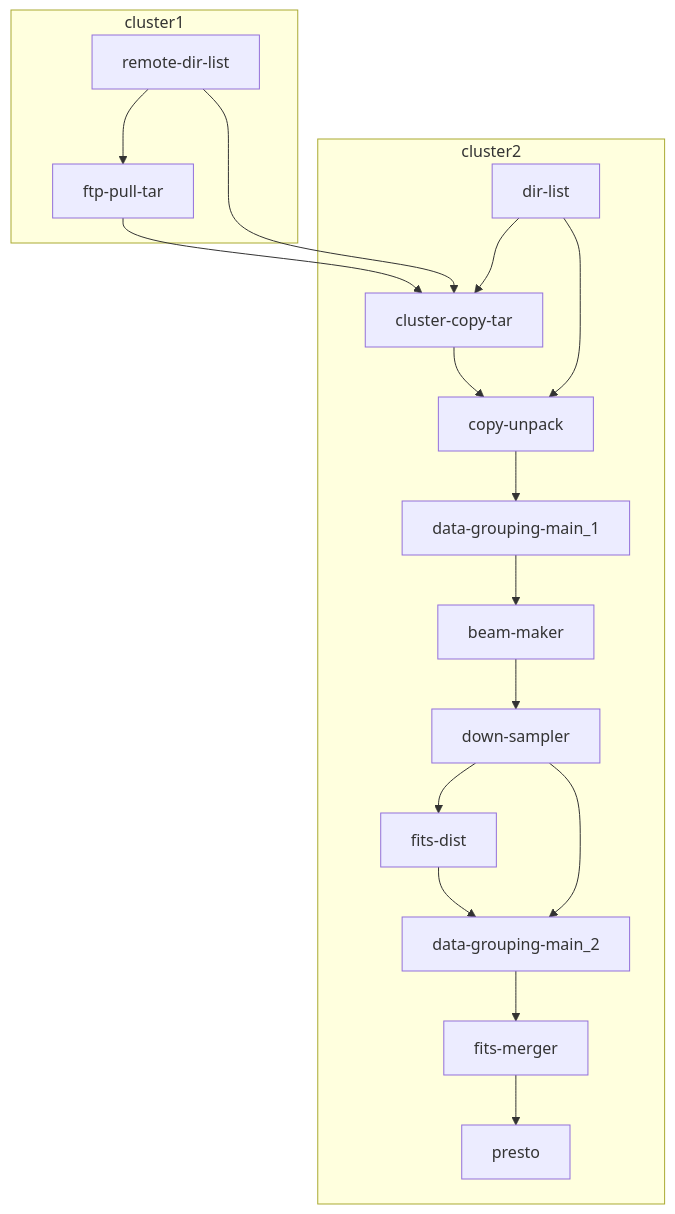
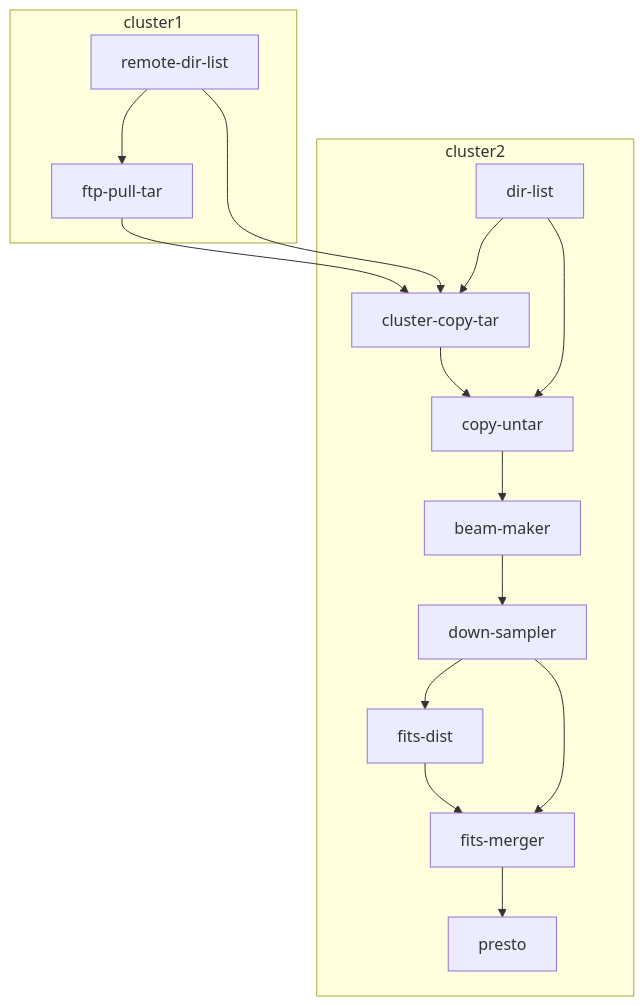
The fourth of 4 diagrams in README.md (kaichao/app-mwa), drawn with Mermaid before and after one commit. The commit also changed other lines of this file and 7 other files, not shown here.

Commit message:
remove data-grouping-2d code in message router.

````diff
--- a/README.md
+++ b/README.md
@@ -164,35 +164,31 @@
 ```mermaid
 
 flowchart TD
   remote-dir-list --> ftp-pull-tar
   remote-dir-list --> cluster-copy-tar
   ftp-pull-tar --> cluster-copy-tar
   dir-list --> cluster-copy-tar
-  dir-list --> copy-unpack
-  cluster-copy-tar --> copy-unpack
-  copy-unpack --> data-grouping-main_1
-  data-grouping-main_1 --> beam-maker
+  dir-list --> copy-untar
+  cluster-copy-tar --> copy-untar
+  copy-untar --> beam-maker
   beam-maker --> down-sampler
   down-sampler --> fits-dist
-  down-sampler --> data-grouping-main_2
-  fits-dist --> data-grouping-main_2
-  data-grouping-main_2 --> fits-merger
+  down-sampler --> fits-merger
+  fits-dist --> fits-merger
   fits-merger --> presto
   subgraph cluster2
     dir-list
     cluster-copy-tar
-    copy-unpack
+    copy-untar
     beam-maker
     down-sampler
     fits-dist
-    data-grouping-main_1
-    data-grouping-main_2
     fits-merger
     presto
   end
   subgraph cluster1
     remote-dir-list
     ftp-pull-tar
   end
   
 ```
````
